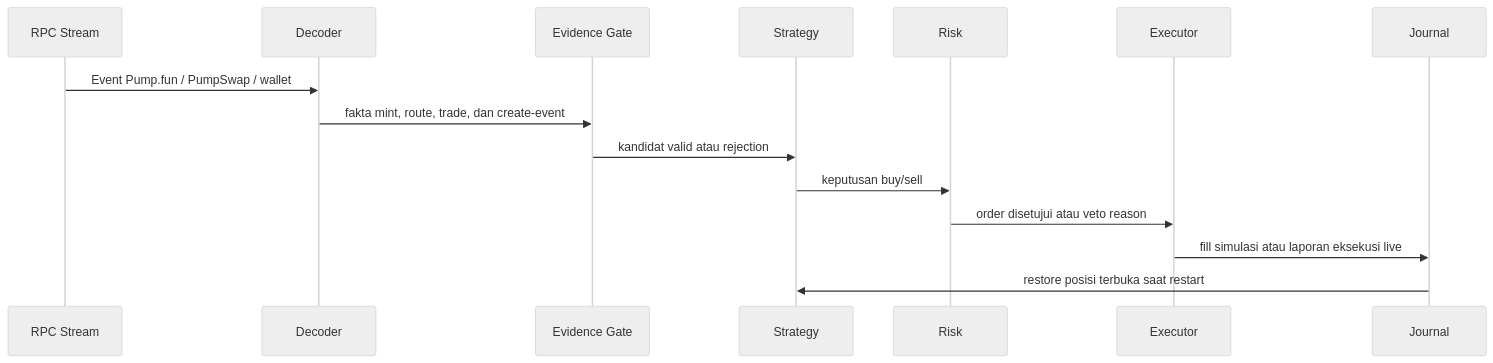
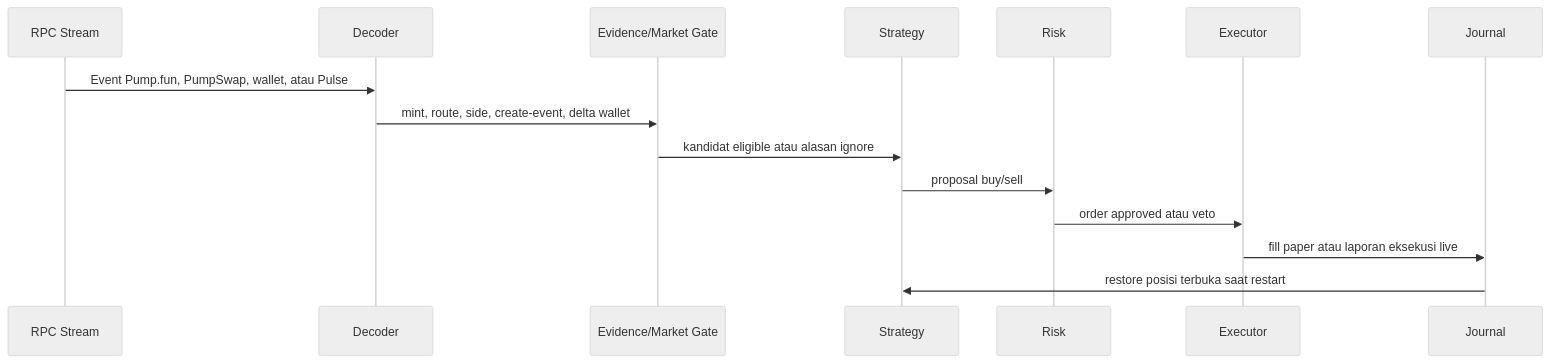
Before and after one commit to jxstme22/catarnithh: the second of 2 diagrams in frontend/docs.id.md, drawn with Mermaid (neutral theme). The commit also changed other lines of this file and 4 other files, not shown here.

````diff
--- a/frontend/docs.id.md
+++ b/frontend/docs.id.md
@@ -221,18 +67,18 @@
 ```mermaid
 sequenceDiagram
     participant Stream as RPC Stream
     participant Decode as Decoder
-    participant Gate as Evidence Gate
+    participant Gate as Evidence/Market Gate
     participant Strategy as Strategy
     participant Risk as Risk
     participant Exec as Executor
     participant Journal as Journal
 
-    Stream->>Decode: Event Pump.fun / PumpSwap / wallet
-    Decode->>Gate: fakta mint, route, trade, dan create-event
-    Gate->>Strategy: kandidat valid atau rejection
-    Strategy->>Risk: keputusan buy/sell
-    Risk->>Exec: order disetujui atau veto reason
-    Exec->>Journal: fill simulasi atau laporan eksekusi live
+    Stream->>Decode: Event Pump.fun, PumpSwap, wallet, atau Pulse
+    Decode->>Gate: mint, route, side, create-event, delta wallet
+    Gate->>Strategy: kandidat eligible atau alasan ignore
+    Strategy->>Risk: proposal buy/sell
+    Risk->>Exec: order approved atau veto
+    Exec->>Journal: fill paper atau laporan eksekusi live
     Journal->>Strategy: restore posisi terbuka saat restart
 ```
````
